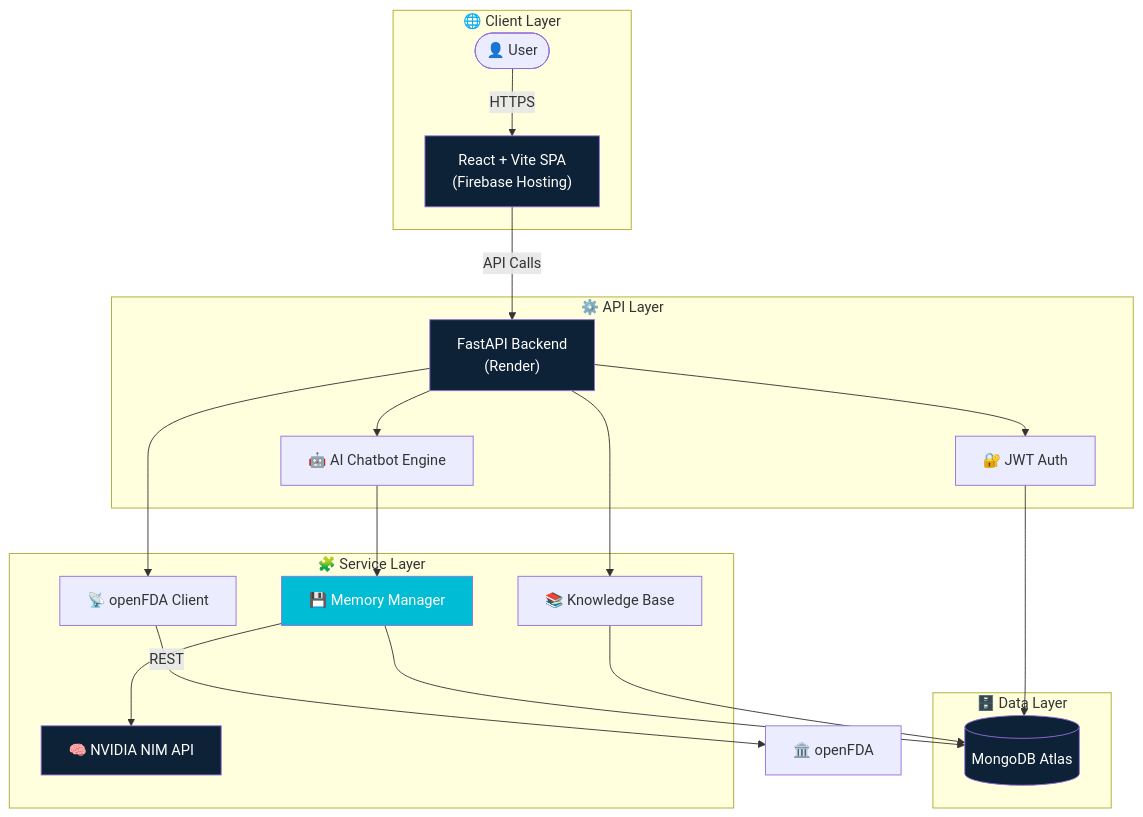
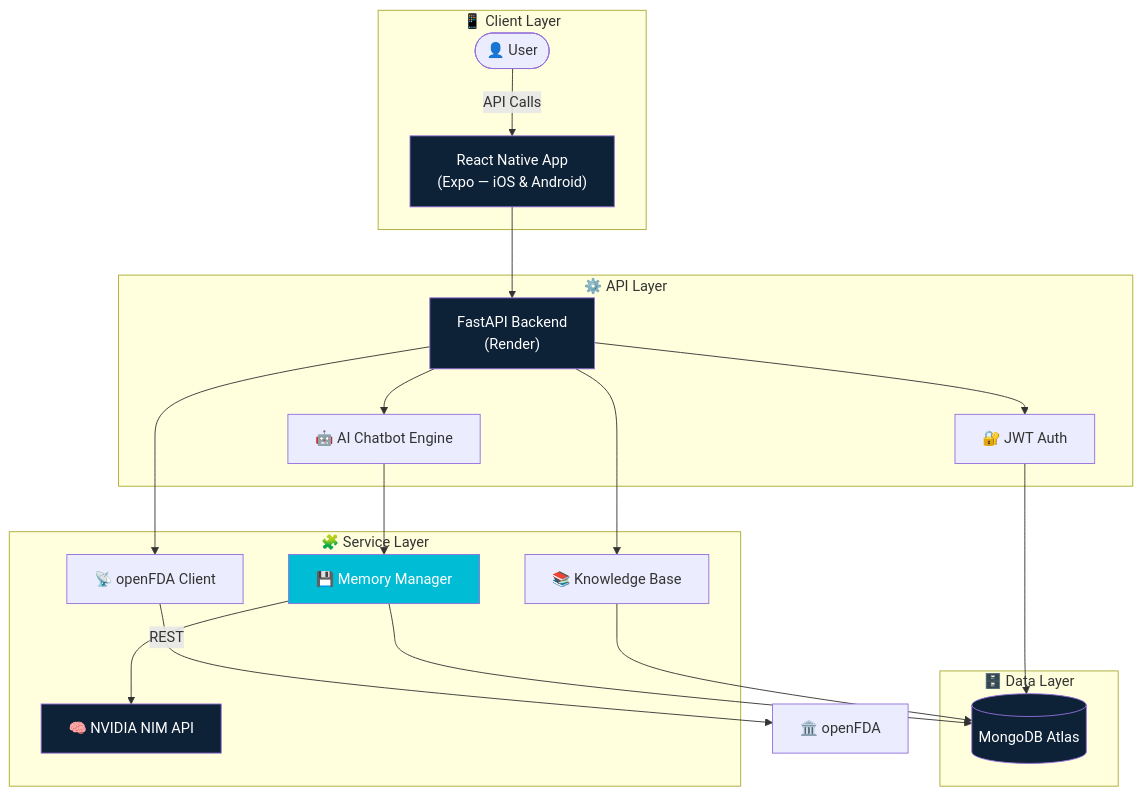
One commit to Satendra90390/Mendly changed the first of 6 diagrams in README.md. Above: the diagram before and after it, drawn with Mermaid. The commit also changed other lines of this file and 52 other files, not shown here.

Commit message:
replace Vite web frontend with Expo React Native (mobile-first)

````diff
--- a/README.md
+++ b/README.md
@@ -94,43 +94,43 @@
 ```mermaid
 graph TB
-    subgraph Client["🌐 Client Layer"]
+    subgraph Client["📱 Client Layer"]
         User([👤 User])
-        FE["React + Vite SPA<br/>(Firebase Hosting)"]
+        RN["React Native App<br/>(Expo — iOS & Android)"]
     end
 
     subgraph API["⚙️ API Layer"]
         BE["FastAPI Backend<br/>(Render)"]
         Auth[🔐 JWT Auth]
         Chat[🤖 AI Chatbot Engine]
     end
 
     subgraph Services["🧩 Service Layer"]
         FDA[📡 openFDA Client]
         KB[📚 Knowledge Base]
         NIM[🧠 NVIDIA NIM API]
         Mem[💾 Memory Manager]
     end
 
     subgraph Data["🗄️ Data Layer"]
         DB[(MongoDB Atlas)]
     end
 
-    User -->|HTTPS| FE
-    FE -->|API Calls| BE
+    User -->|API Calls| RN
+    RN --> BE
     BE --> Auth
     BE --> Chat
     BE --> FDA
     BE --> KB
     Auth --> DB
     Chat --> Mem
     Mem --> NIM
     Mem --> DB
     KB --> DB
     FDA -->|REST| OpenFDA[🏛️ openFDA]
 
-    style FE fill:#0d2137,color:#fff
+    style RN fill:#0d2137,color:#fff
     style BE fill:#0d2137,color:#fff
     style Mem fill:#00bcd4,color:#fff
     style DB fill:#0d2137,color:#fff
     style NIM fill:#0d2137,color:#fff
 ```
````
